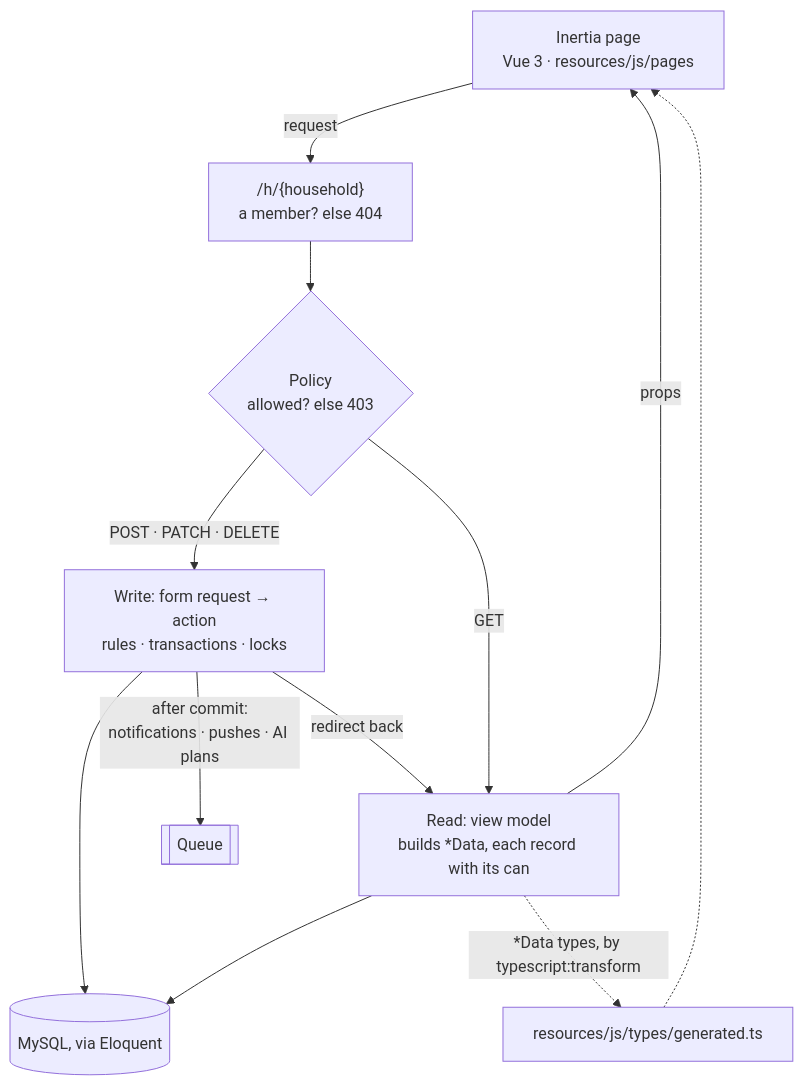
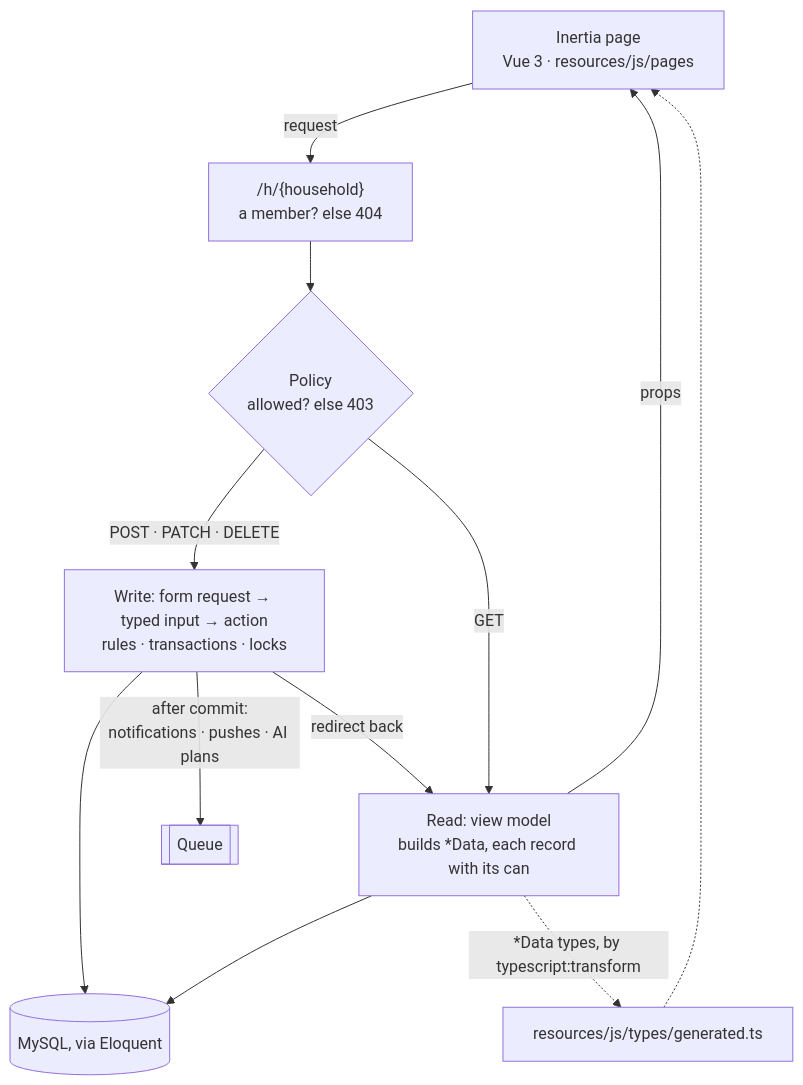
Before and after one commit to owensanders/ryh: the first of 2 diagrams in README.md, drawn with Mermaid. The commit also changed other lines of this file and 1 other file, not shown here.

````diff
--- a/README.md
+++ b/README.md
@@ -181,22 +191,22 @@
 ```mermaid
 flowchart TD
     page["Inertia page<br/>Vue 3 · resources/js/pages"]
     route["/h/{household}<br/>a member? else 404"]
     policy{"Policy<br/>allowed? else 403"}
-    action["Write: form request → action<br/>rules · transactions · locks"]
+    action["Write: form request → typed input → action<br/>rules · transactions · locks"]
     viewmodel["Read: view model<br/>builds *Data, each record with its can"]
     db[("MySQL, via Eloquent")]
     queue[["Queue"]]
     types["resources/js/types/generated.ts"]
 
     page -->|"request"| route --> policy
     policy -->|"POST · PATCH · DELETE"| action
     policy -->|"GET"| viewmodel
     action --> db
     viewmodel --> db
     action -->|"after commit:<br/>notifications · pushes · AI plans"| queue
     action -->|"redirect back"| viewmodel
     viewmodel -->|"props"| page
     viewmodel -.->|"*Data types, by typescript:transform"| types
     types -.-> page
 ```
````
